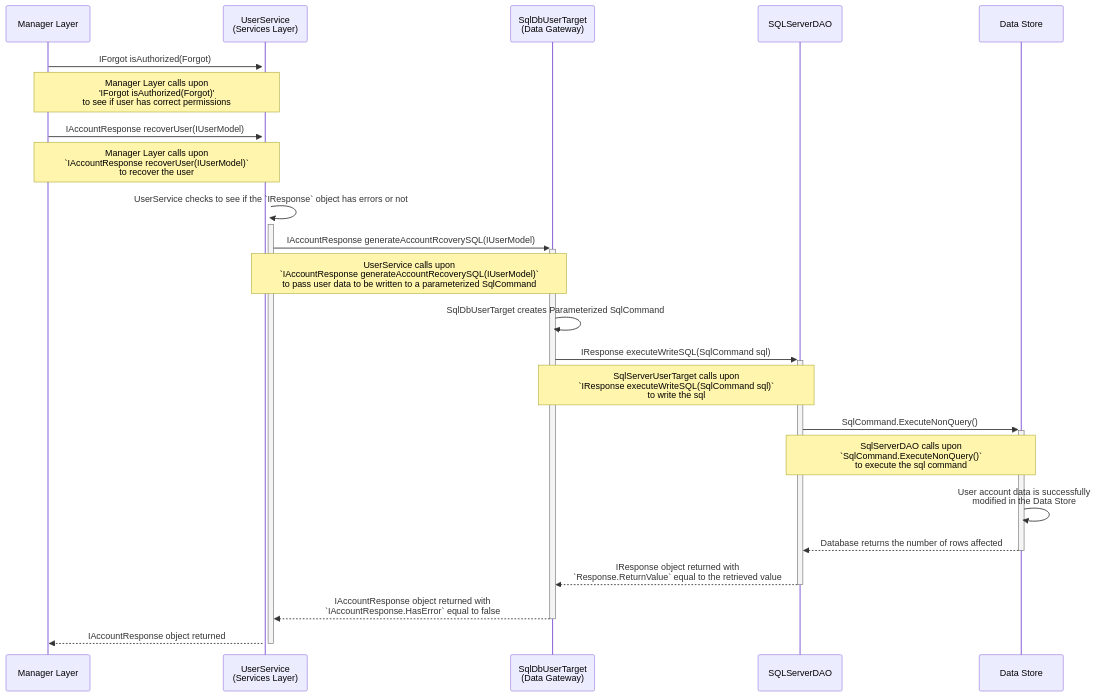
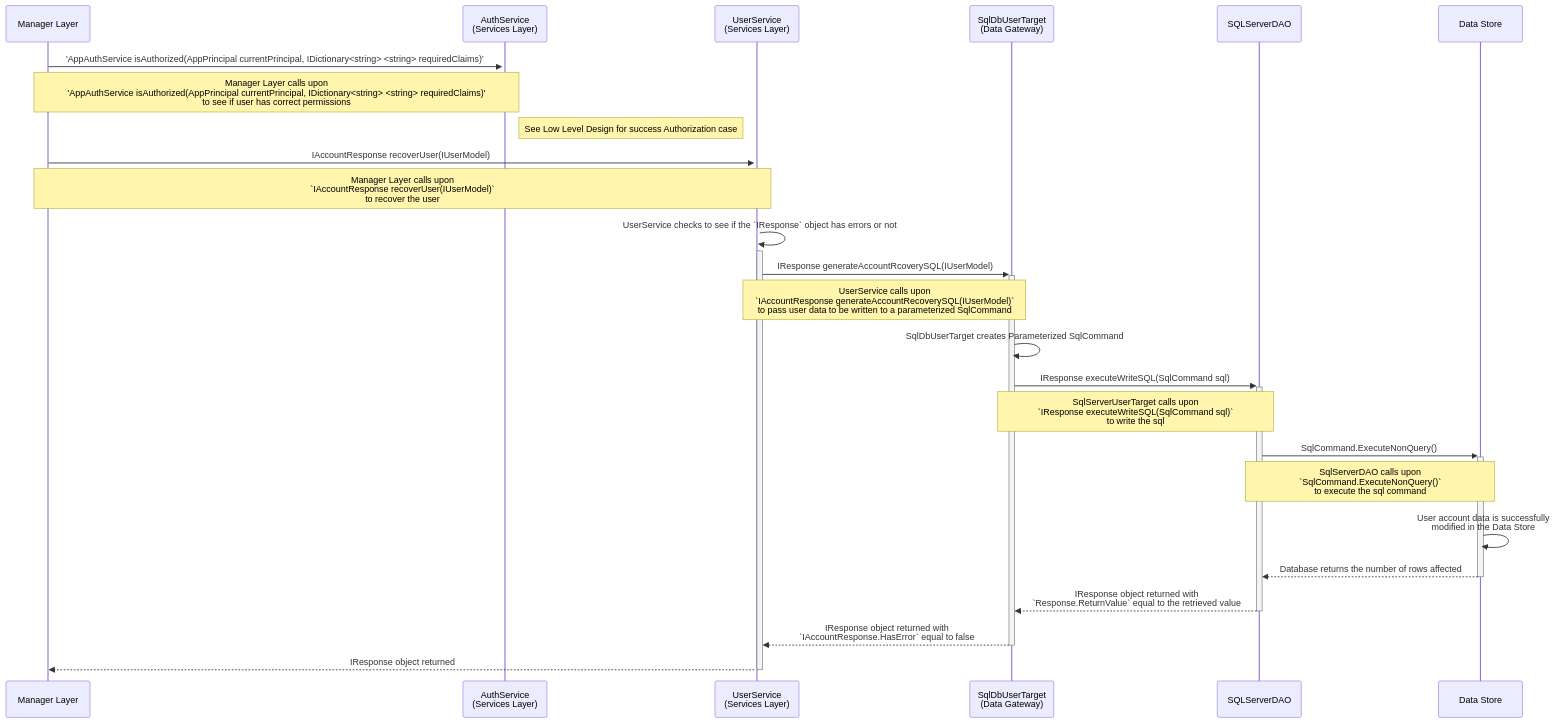
One commit to MNRainDrop/CECS-491A-Spec changed the diagram in Project Documents/Milestone 2/Low Level Design/User Administration Library/AccountRecovery/UserAdministrationLibrary_AccountRecovery_MfaSuccess.mmd. Above: the diagram before and after it, drawn with Mermaid. The commit also changed 1 other file, not shown here.

Commit message:
Updated mermaid daigrams

```diff
--- a/Project Documents/Milestone 2/Low Level Design/User Administration Library/AccountRecovery/UserAdministrationLibrary_AccountRecovery_MfaSuccess.mmd
+++ b/Project Documents/Milestone 2/Low Level Design/User Administration Library/AccountRecovery/UserAdministrationLibrary_AccountRecovery_MfaSuccess.mmd
@@ -1,42 +1,44 @@
 sequenceDiagram
 
 %% See BRD UA-2 for additional context
 
 participant ml as Manager Layer
+participant as as AuthService<br>(Services Layer)
 participant uc as UserService<br>(Services Layer)
 participant dg as SqlDbUserTarget<br>(Data Gateway)
 participant da as SQLServerDAO
 participant ds as Data Store
 
 
-ml->>+uc: IForgot isAuthorized(Forgot)
-    Note over ml,uc: Manager Layer calls upon<br> 'IForgot isAuthorized(Forgot)'<br>to see if user has correct permissions
+ml->>+as: 'AppAuthService isAuthorized(AppPrincipal currentPrincipal, IDictionary<string> <string> requiredClaims)'
+        Note over ml,as: Manager Layer calls upon<br>  'AppAuthService isAuthorized(AppPrincipal currentPrincipal, IDictionary<string> <string> requiredClaims)'<br>to see if user has correct permissions
+        Note right of as: See Low Level Design for success Authorization case
 
 
 ml->>+uc: IAccountResponse recoverUser(IUserModel)
     Note over ml,uc: Manager Layer calls upon<br>`IAccountResponse recoverUser(IUserModel)`<br>to recover the user
 
 %% UserService should check/ validate data passed through
 uc->>+uc: UserService checks to see if the `IResponse` object has errors or not
 
     %% Modify the user
-    uc->>+dg: IAccountResponse generateAccountRcoverySQL(IUserModel)
+    uc->>+dg: IResponse generateAccountRcoverySQL(IUserModel)
     Note over uc,dg: UserService calls upon<br>`IAccountResponse generateAccountRecoverySQL(IUserModel)`<br>to pass user data to be written to a parameterized SqlCommand
 
     dg->>dg: SqlDbUserTarget creates Parameterized SqlCommand
 
     dg->>+da: IResponse executeWriteSQL(SqlCommand sql)
     Note over dg,da: SqlServerUserTarget calls upon<br>`IResponse executeWriteSQL(SqlCommand sql)`<br>to write the sql
 
     da->>+ds: SqlCommand.ExecuteNonQuery()
     Note over da,ds: SqlServerDAO calls upon<br>`SqlCommand.ExecuteNonQuery()`<br>to execute the sql command
 
     ds->>ds: User account data is successfully<br>modified in the Data Store
 
     ds-->>-da: Database returns the number of rows affected
 
     da-->>-dg: IResponse object returned with<br>`Response.ReturnValue` equal to the retrieved value
 
-    dg-->>-uc: IAccountResponse object returned with<br>`IAccountResponse.HasError` equal to false
+    dg-->>-uc: IResponse object returned with<br>`IAccountResponse.HasError` equal to false
 
-    uc-->>-ml: IAccountResponse object returned
+    uc-->>-ml: IResponse object returned
```
